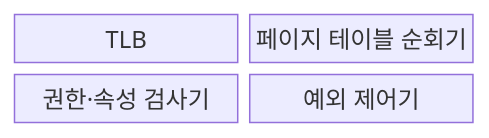
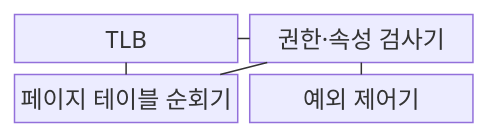
One commit to agnusdei1207/knowledge-base changed the first of 2 diagrams in src/content/docs/notes/02-hardware/020_mmu.md. Above: the diagram before and after it, drawn with Mermaid. The commit also changed other lines of this file and 20 other files, not shown here.

````diff
--- a/src/content/docs/notes/02-hardware/020_mmu.md
+++ b/src/content/docs/notes/02-hardware/020_mmu.md
@@ -67,8 +67,8 @@
 ```mermaid
 block
     columns 2
-    T["TLB"]
-    W["페이지 테이블 순회기"]
-    P["권한·속성 검사기"]
-    E["예외 제어기"]
+    T["TLB"] --- P["권한·속성 검사기"]
+    T --- W["페이지 테이블 순회기"]
+    W --- P
+    P --- E["예외 제어기"]
 ```
````
